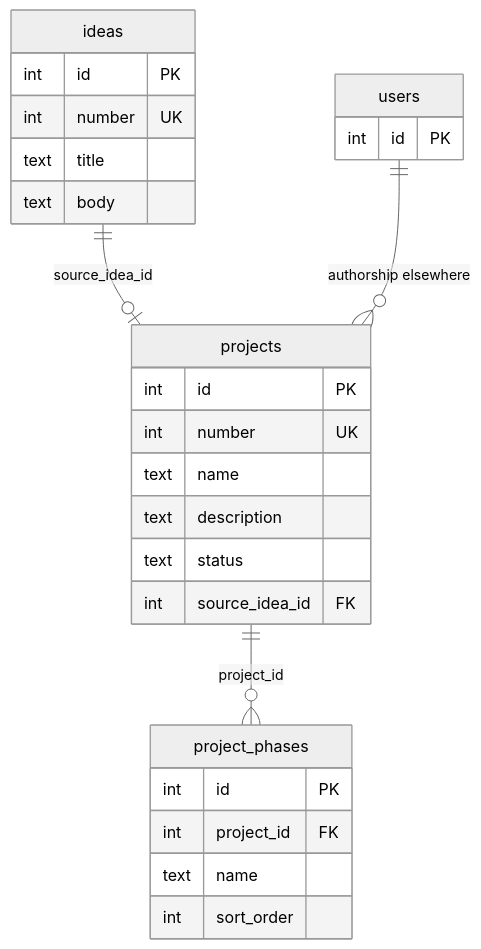
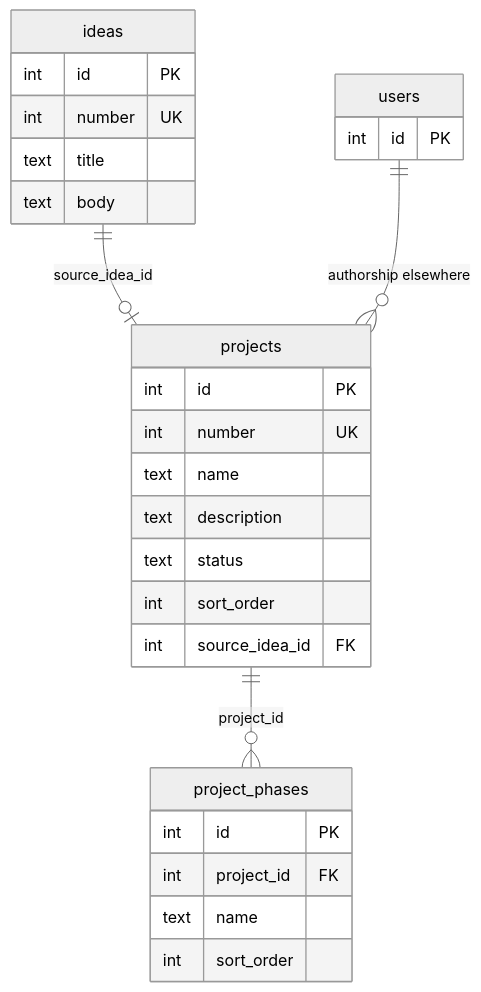
The diagram in docs/database/projects-and-ideas.md (blackrook-io/taskmesh), drawn with Mermaid (neutral theme) before and after one commit. The commit also changed other lines of this file and 12 other files, not shown here.

````diff
--- a/docs/database/projects-and-ideas.md
+++ b/docs/database/projects-and-ideas.md
@@ -9,29 +9,30 @@
 ```mermaid
 erDiagram
   ideas ||--o| projects : "source_idea_id"
   projects ||--o{ project_phases : "project_id"
   users ||--o{ projects : "authorship elsewhere"
   ideas {
     int id PK
     int number UK
     text title
     text body
   }
   projects {
     int id PK
     int number UK
     text name
     text description
     text status
+    int sort_order
     int source_idea_id FK
   }
   project_phases {
     int id PK
     int project_id FK
     text name
     int sort_order
   }
   users {
     int id PK
   }
 ```
````
